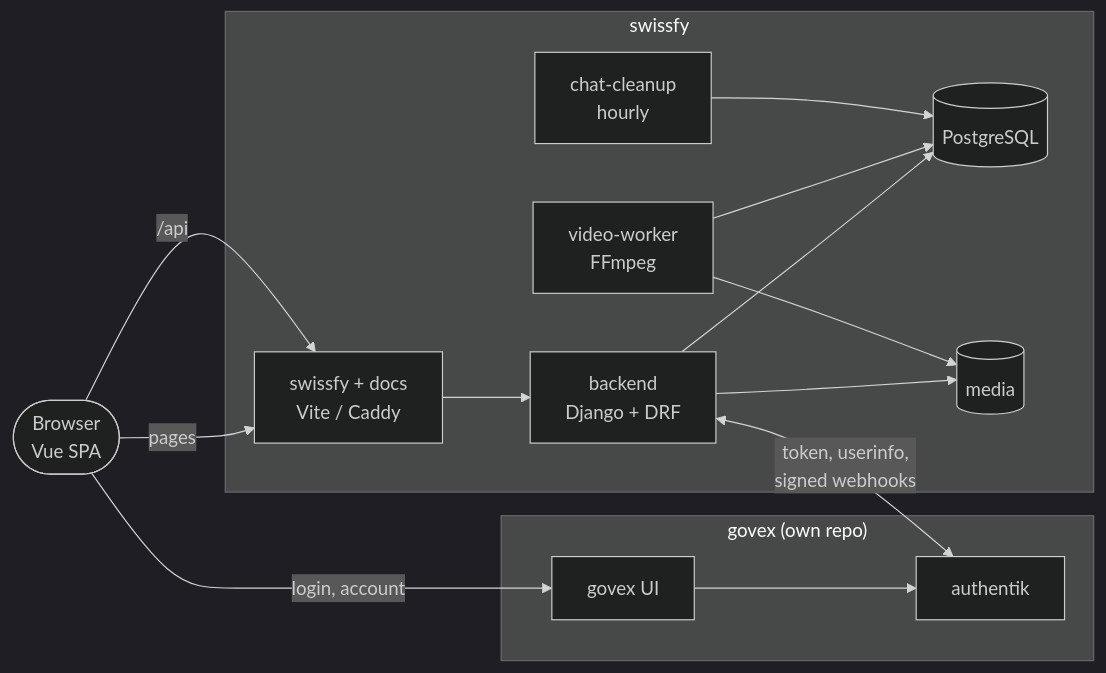
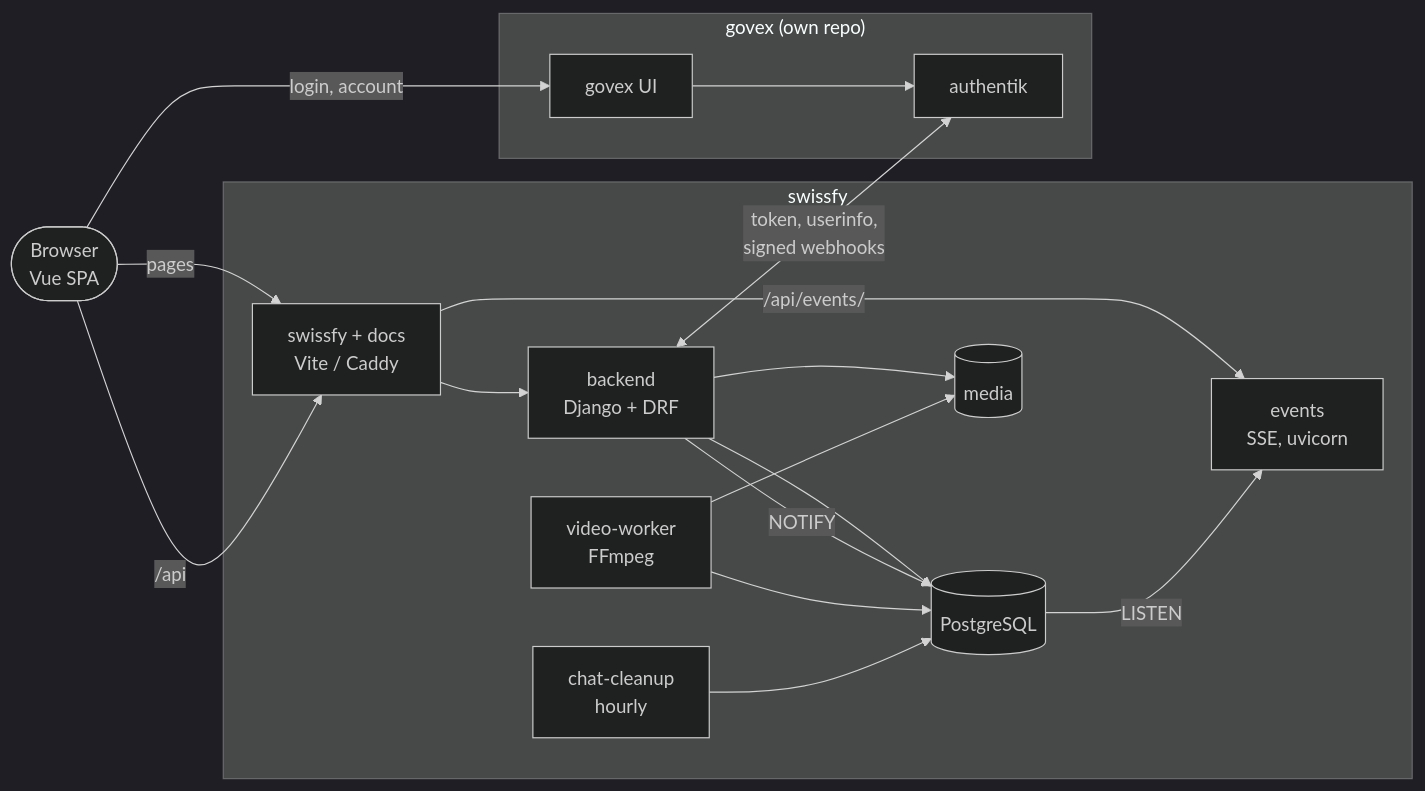
One commit to buechijonas/swissfy changed the first of 4 diagrams in README.md. Above: the diagram before and after it, drawn with Mermaid (dark theme). The commit also changed other lines of this file and 9 other files, not shown here.

````diff
--- a/README.md
+++ b/README.md
@@ -30,27 +33,30 @@
 ```mermaid
 flowchart LR
     browser(["Browser<br/>Vue SPA"])
 
     subgraph swissfy["swissfy"]
         frontend["swissfy + docs<br/>Vite / Caddy"]
         backend["backend<br/>Django + DRF"]
+        events["events<br/>SSE, uvicorn"]
         video["video-worker<br/>FFmpeg"]
         cleanup["chat-cleanup<br/>hourly"]
         db[("PostgreSQL")]
         media[("media")]
     end
 
     subgraph govex["govex (own repo)"]
         govexui["govex UI"]
         authentik["authentik"]
     end
 
     browser -- "pages" --> frontend
     browser -- "/api" --> frontend --> backend
+    frontend -- "/api/events/" --> events
     browser -- "login, account" --> govexui --> authentik
     backend <-- "token, userinfo,<br/>signed webhooks" --> authentik
     backend --> db
+    backend -- "NOTIFY" --> db -- "LISTEN" --> events
     backend --> media
     video --> db & media
     cleanup --> db
 ```
````
